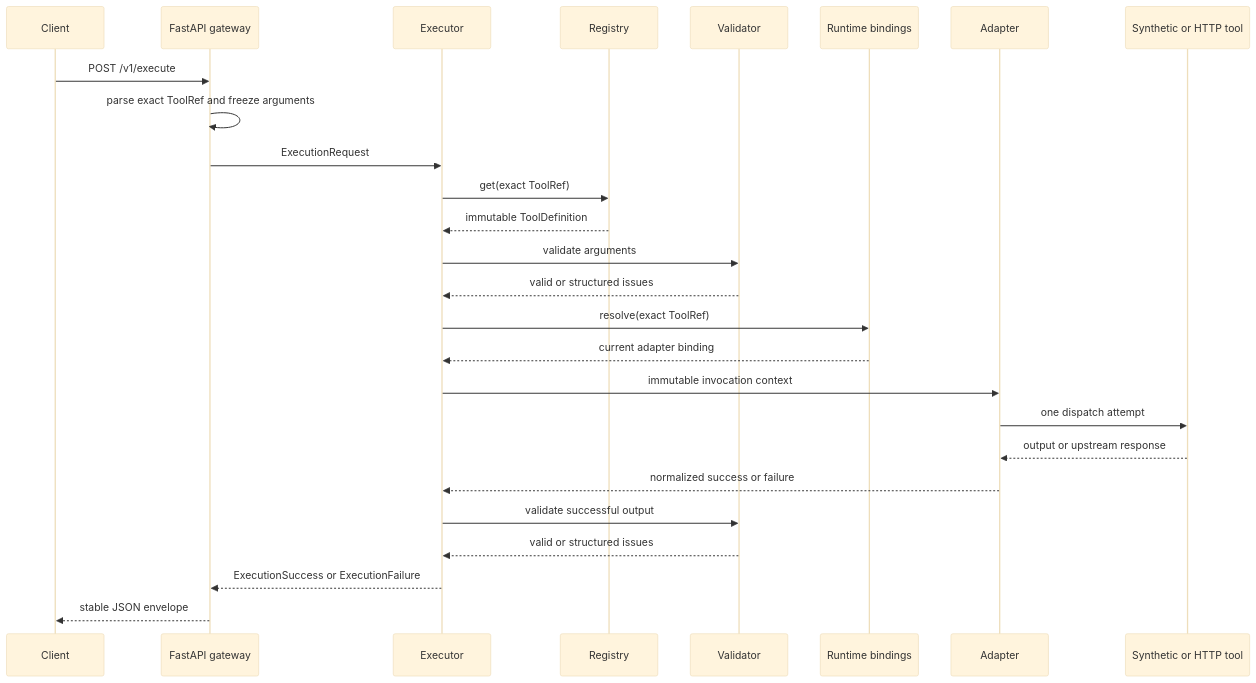
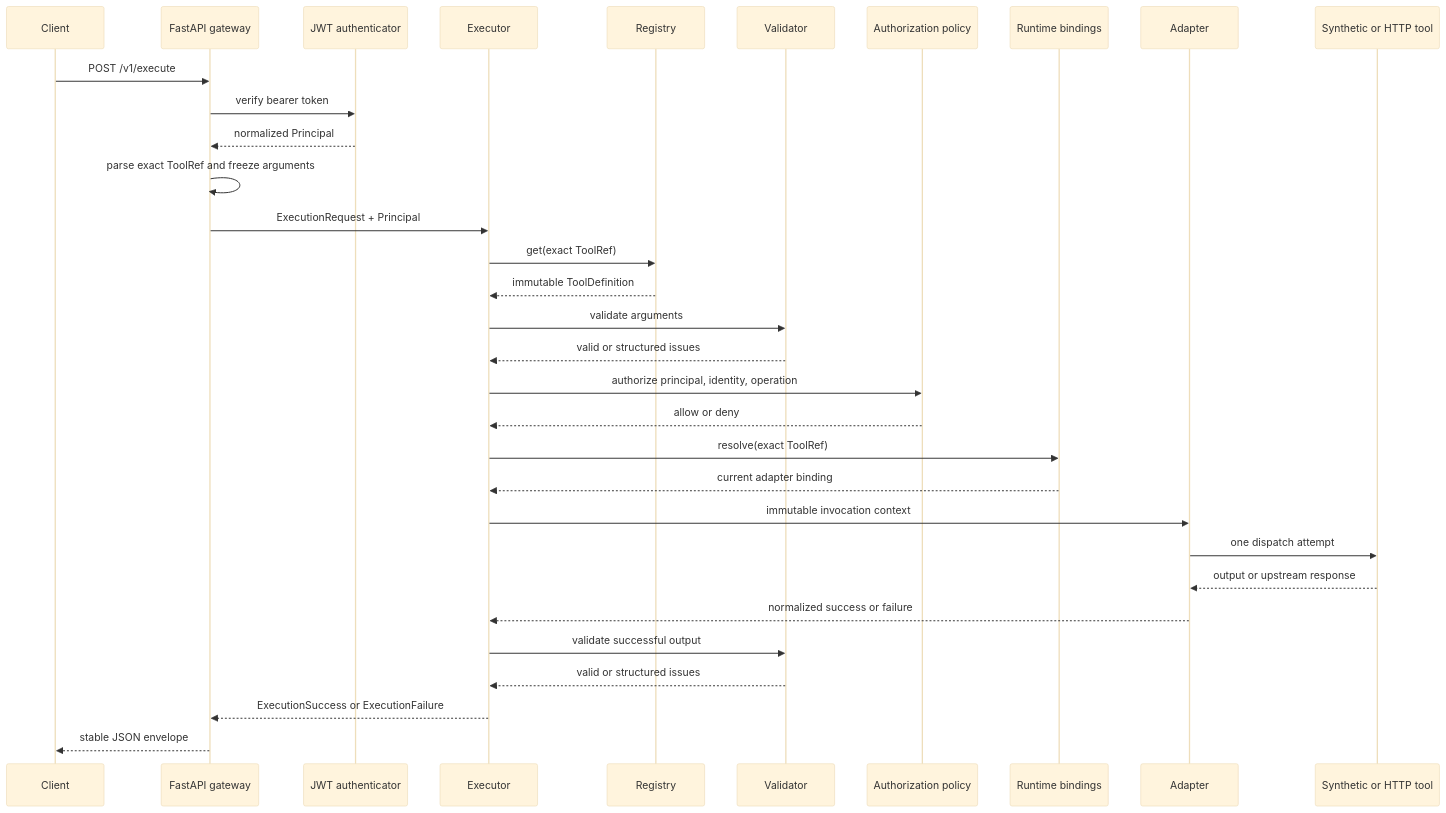
Before and after one commit to ernest-adjetey/SentinelMCP: the diagram in docs/EXECUTION_LIFECYCLE.md, drawn with Mermaid (base theme). The commit also changed other lines of this file and 9 other files, not shown here.

````diff
--- a/docs/EXECUTION_LIFECYCLE.md
+++ b/docs/EXECUTION_LIFECYCLE.md
@@ -33,29 +34,35 @@
 ```mermaid
 sequenceDiagram
     participant Client
     participant REST as FastAPI gateway
+    participant AuthN as JWT authenticator
     participant Executor
     participant Registry
     participant Validator
+    participant AuthZ as Authorization policy
     participant Bindings as Runtime bindings
     participant Adapter
     participant Tool as Synthetic or HTTP tool
 
     Client->>REST: POST /v1/execute
+    REST->>AuthN: verify bearer token
+    AuthN-->>REST: normalized Principal
     REST->>REST: parse exact ToolRef and freeze arguments
-    REST->>Executor: ExecutionRequest
+    REST->>Executor: ExecutionRequest + Principal
     Executor->>Registry: get(exact ToolRef)
     Registry-->>Executor: immutable ToolDefinition
     Executor->>Validator: validate arguments
     Validator-->>Executor: valid or structured issues
+    Executor->>AuthZ: authorize principal, identity, operation
+    AuthZ-->>Executor: allow or deny
     Executor->>Bindings: resolve(exact ToolRef)
     Bindings-->>Executor: current adapter binding
     Executor->>Adapter: immutable invocation context
     Adapter->>Tool: one dispatch attempt
     Tool-->>Adapter: output or upstream response
     Adapter-->>Executor: normalized success or failure
     Executor->>Validator: validate successful output
     Validator-->>Executor: valid or structured issues
     Executor-->>REST: ExecutionSuccess or ExecutionFailure
     REST-->>Client: stable JSON envelope
 ```
````
